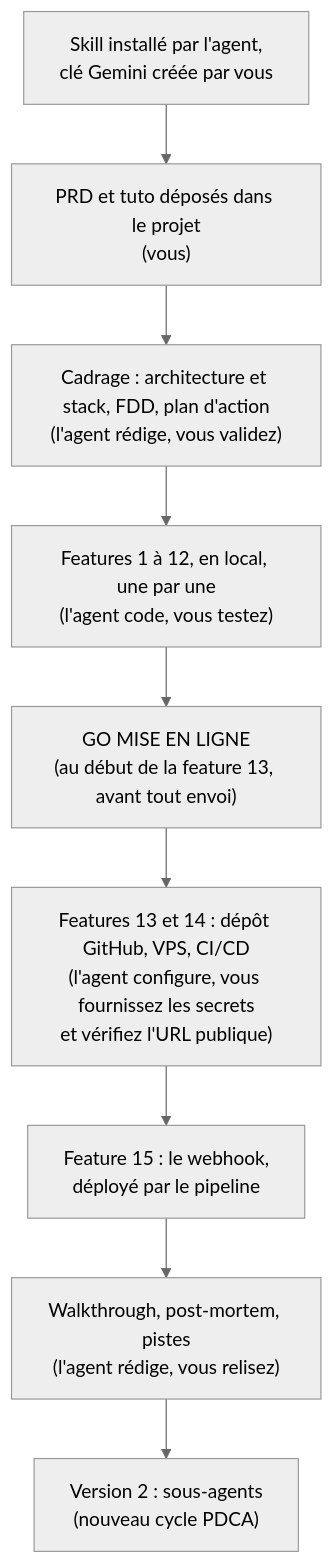
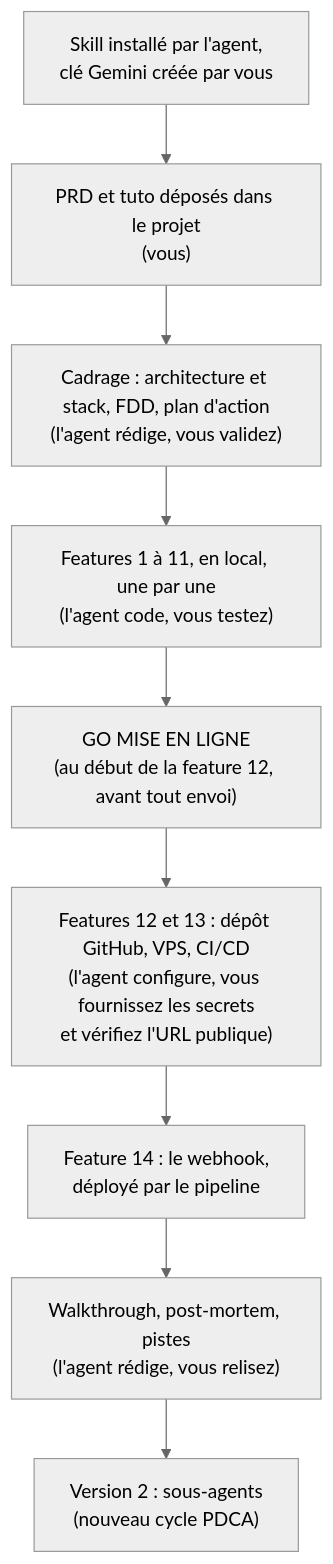
Before and after one commit to lecinquiemejour-code/goodvibe-tuto: the diagram in README.md, drawn with Mermaid (neutral theme). The commit also changed other lines of this file and 2 other files, not shown here.

Commit message:
Retrait de la feature budget et mode économe : 14 fiches, la piste passe dans Pour aller plus loin

````diff
--- a/README.md
+++ b/README.md
@@ -168,11 +168,11 @@
 ```mermaid
 flowchart TD
     A["Skill installé par l'agent,<br/>clé Gemini créée par vous"] --> B["PRD et tuto déposés dans le projet<br/>(vous)"]
     B --> C["Cadrage : architecture et stack, FDD, plan d'action<br/>(l'agent rédige, vous validez)"]
-    C --> D["Features 1 à 12, en local, une par une<br/>(l'agent code, vous testez)"]
-    D --> F["GO MISE EN LIGNE<br/>(au début de la feature 13, avant tout envoi)"]
-    F --> E["Features 13 et 14 : dépôt GitHub, VPS, CI/CD<br/>(l'agent configure, vous fournissez les secrets<br/>et vérifiez l'URL publique)"]
-    E --> F2["Feature 15 : le webhook,<br/>déployé par le pipeline"]
+    C --> D["Features 1 à 11, en local, une par une<br/>(l'agent code, vous testez)"]
+    D --> F["GO MISE EN LIGNE<br/>(au début de la feature 12, avant tout envoi)"]
+    F --> E["Features 12 et 13 : dépôt GitHub, VPS, CI/CD<br/>(l'agent configure, vous fournissez les secrets<br/>et vérifiez l'URL publique)"]
+    E --> F2["Feature 14 : le webhook,<br/>déployé par le pipeline"]
     F2 --> G["Walkthrough, post-mortem, pistes<br/>(l'agent rédige, vous relisez)"]
     G --> H["Version 2 : sous-agents<br/>(nouveau cycle PDCA)"]
 ```
````
